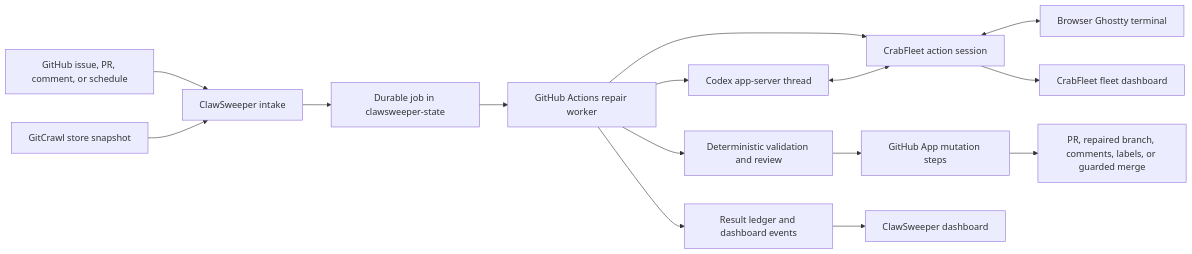
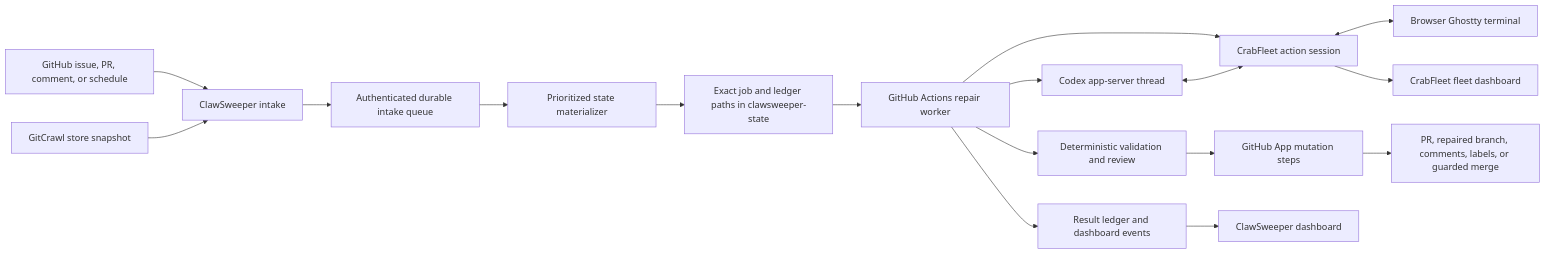
One commit to Hansen1018/clawsweeper changed the diagram in docs/steerable-repair-automation.md. Above: the diagram before and after it, drawn with Mermaid. The commit also changed other lines of this file and 13 other files, not shown here.

Commit message:
fix(repair): cut over durable cluster intake publication

````diff
--- a/docs/steerable-repair-automation.md
+++ b/docs/steerable-repair-automation.md
@@ -37,17 +37,19 @@
 ```mermaid
 flowchart LR
   A[GitHub issue, PR, comment, or schedule] --> B[ClawSweeper intake]
   G[GitCrawl store snapshot] --> B
-  B --> C[Durable job in clawsweeper-state]
+  B --> Q[Authenticated durable intake queue]
+  Q --> S[Prioritized state materializer]
+  S --> C[Exact job and ledger paths in clawsweeper-state]
   C --> D[GitHub Actions repair worker]
   D --> E[Codex app-server thread]
   D --> F[CrabFleet action session]
   E <--> F
   F <--> H[Browser Ghostty terminal]
   D --> I[Deterministic validation and review]
   I --> J[GitHub App mutation steps]
   J --> K[PR, repaired branch, comments, labels, or guarded merge]
   D --> L[Result ledger and dashboard events]
   L --> M[ClawSweeper dashboard]
   F --> N[CrabFleet fleet dashboard]
 ```
````
